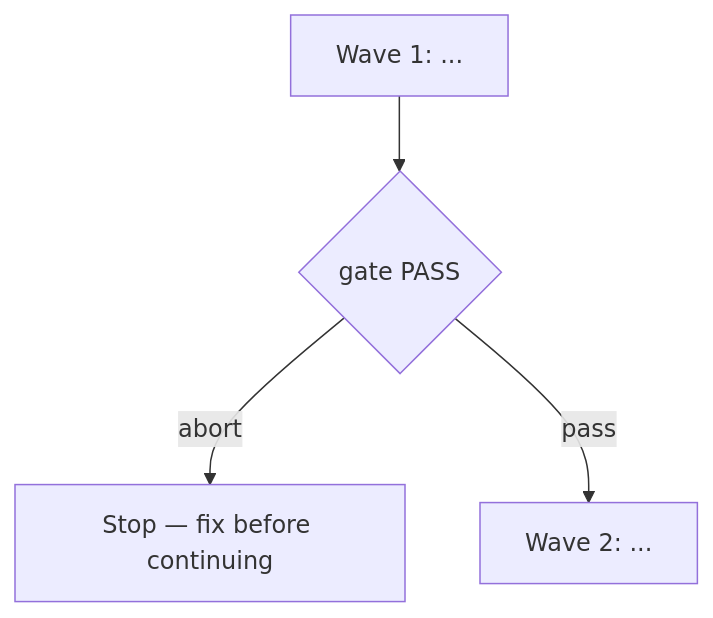
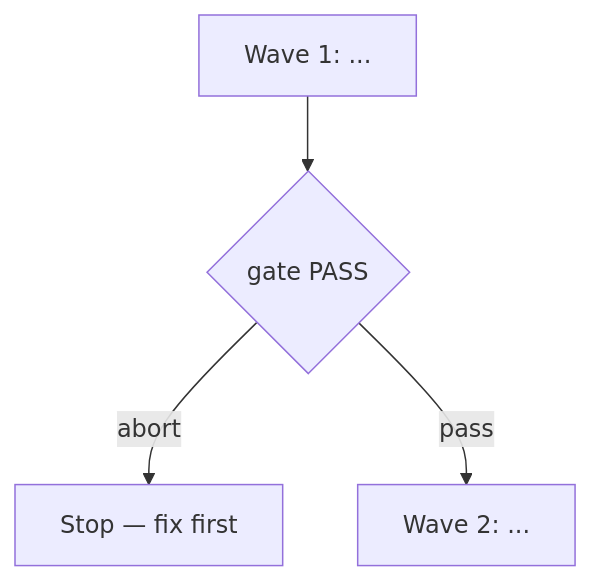
One commit to WolvenTech/wolven-harness changed the diagram in .agents/skills/code-spec/references/TEMPLATE.md. Above: the diagram before and after it, drawn with Mermaid. The commit also changed other lines of this file and 2 other files, not shown here.

````diff
--- a/.agents/skills/code-spec/references/TEMPLATE.md
+++ b/.agents/skills/code-spec/references/TEMPLATE.md
@@ -41,6 +39,6 @@
 ```mermaid
 flowchart TD
   A[Wave 1: ...] --> G1{gate PASS}
-  G1 -->|abort| X[Stop — fix before continuing]
+  G1 -->|abort| X[Stop — fix first]
   G1 -->|pass| B[Wave 2: ...]
 ```
````
